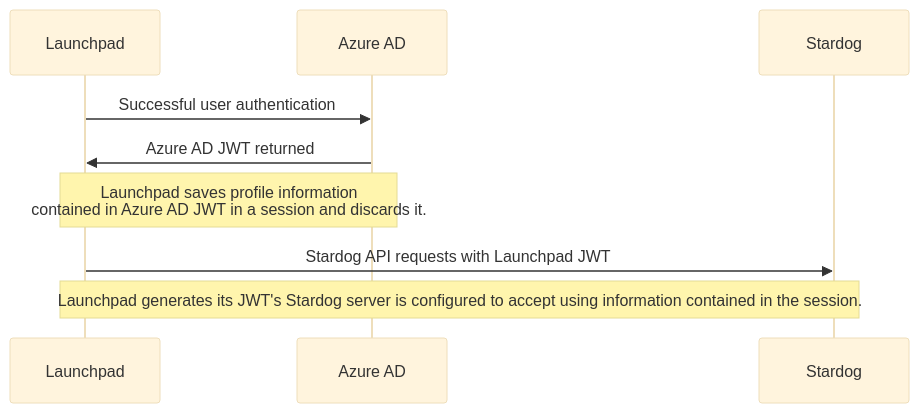
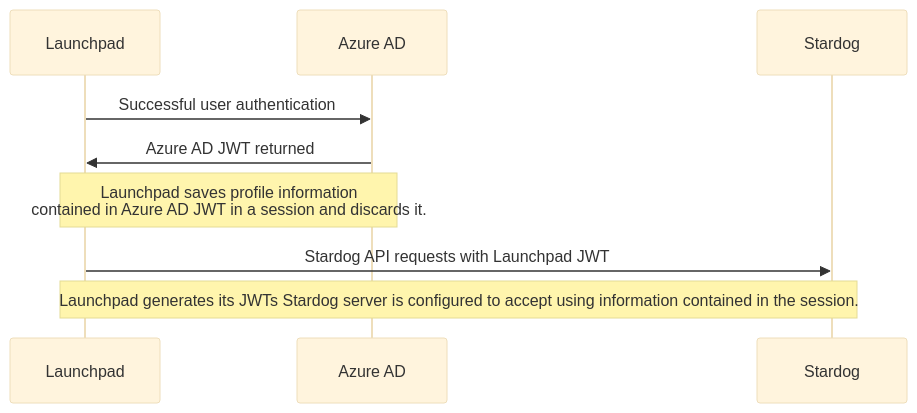
One commit to stardog-union/launchpad-docs changed the diagram in azure/README.md. Above: the diagram before and after it, drawn with Mermaid (base theme). The commit also changed other lines of this file and 6 other files, not shown here.

````diff
--- a/azure/README.md
+++ b/azure/README.md
@@ -33,8 +33,8 @@
 ```mermaid
 sequenceDiagram
   Launchpad->>Azure AD: Successful user authentication
   Azure AD->>Launchpad: Azure AD JWT returned
   Note over Azure AD,Launchpad: Launchpad saves profile information <br> contained in Azure AD JWT in a session and discards it.
   Launchpad->>Stardog: Stardog API requests with Launchpad JWT
-  Note over Launchpad,Stardog: Launchpad generates its JWT's Stardog server is configured to accept using information contained in the session.
+  Note over Launchpad,Stardog: Launchpad generates its JWTs Stardog server is configured to accept using information contained in the session.
 ```
````
